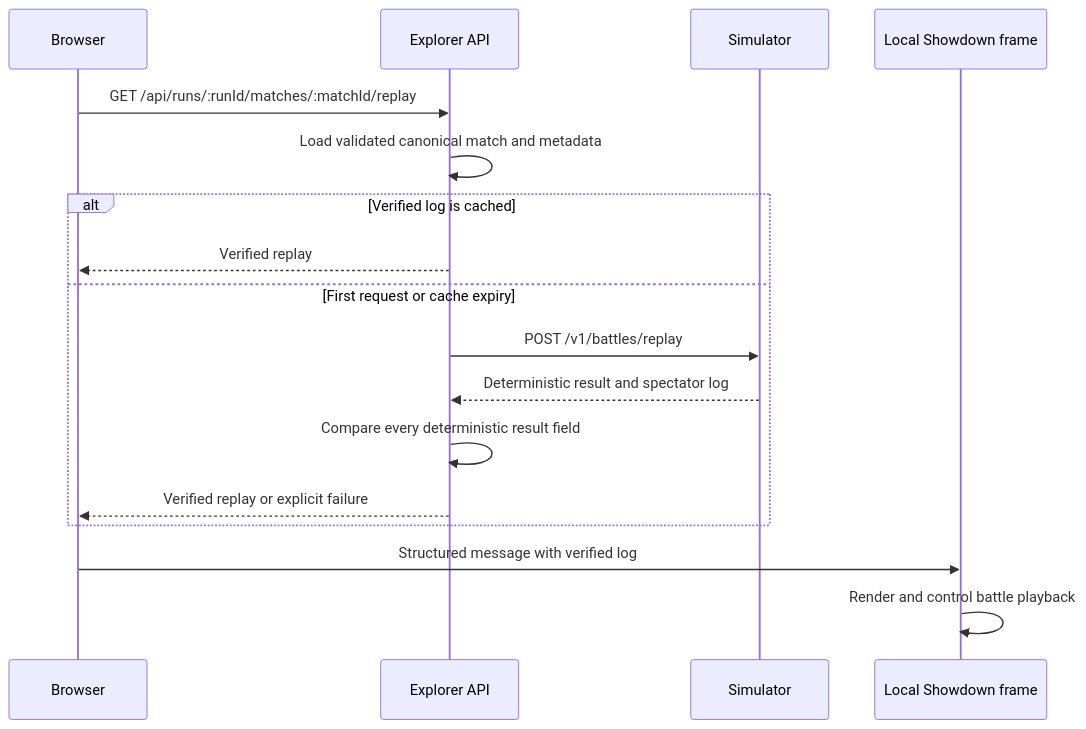
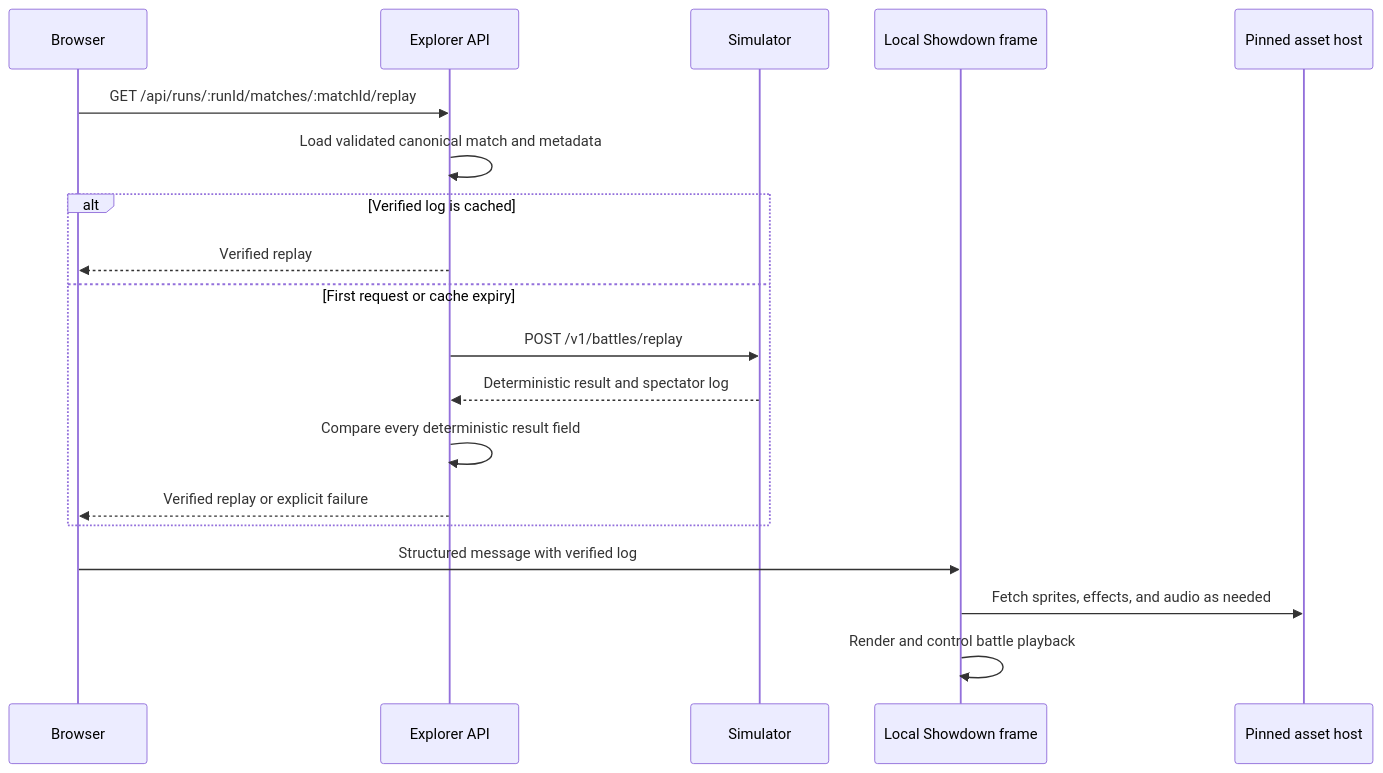
Before and after one commit to kirbytran12324/autoscaling-final-lab: the diagram in docs/battle-replays.md, drawn with Mermaid. The commit also changed other lines of this file and 21 other files, not shown here.

Commit message:
feat(replay): load pinned assets through runtime configuration

````diff
--- a/docs/battle-replays.md
+++ b/docs/battle-replays.md
@@ -35,19 +42,21 @@
 ```mermaid
 sequenceDiagram
   participant Browser
   participant API as Explorer API
   participant Simulator
   participant Player as Local Showdown frame
+  participant Assets as Pinned asset host
   Browser->>API: GET /api/runs/:runId/matches/:matchId/replay
   API->>API: Load validated canonical match and metadata
   alt Verified log is cached
     API-->>Browser: Verified replay
   else First request or cache expiry
     API->>Simulator: POST /v1/battles/replay
     Simulator-->>API: Deterministic result and spectator log
     API->>API: Compare every deterministic result field
     API-->>Browser: Verified replay or explicit failure
   end
   Browser->>Player: Structured message with verified log
+  Player->>Assets: Fetch sprites, effects, and audio as needed
   Player->>Player: Render and control battle playback
 ```
````
